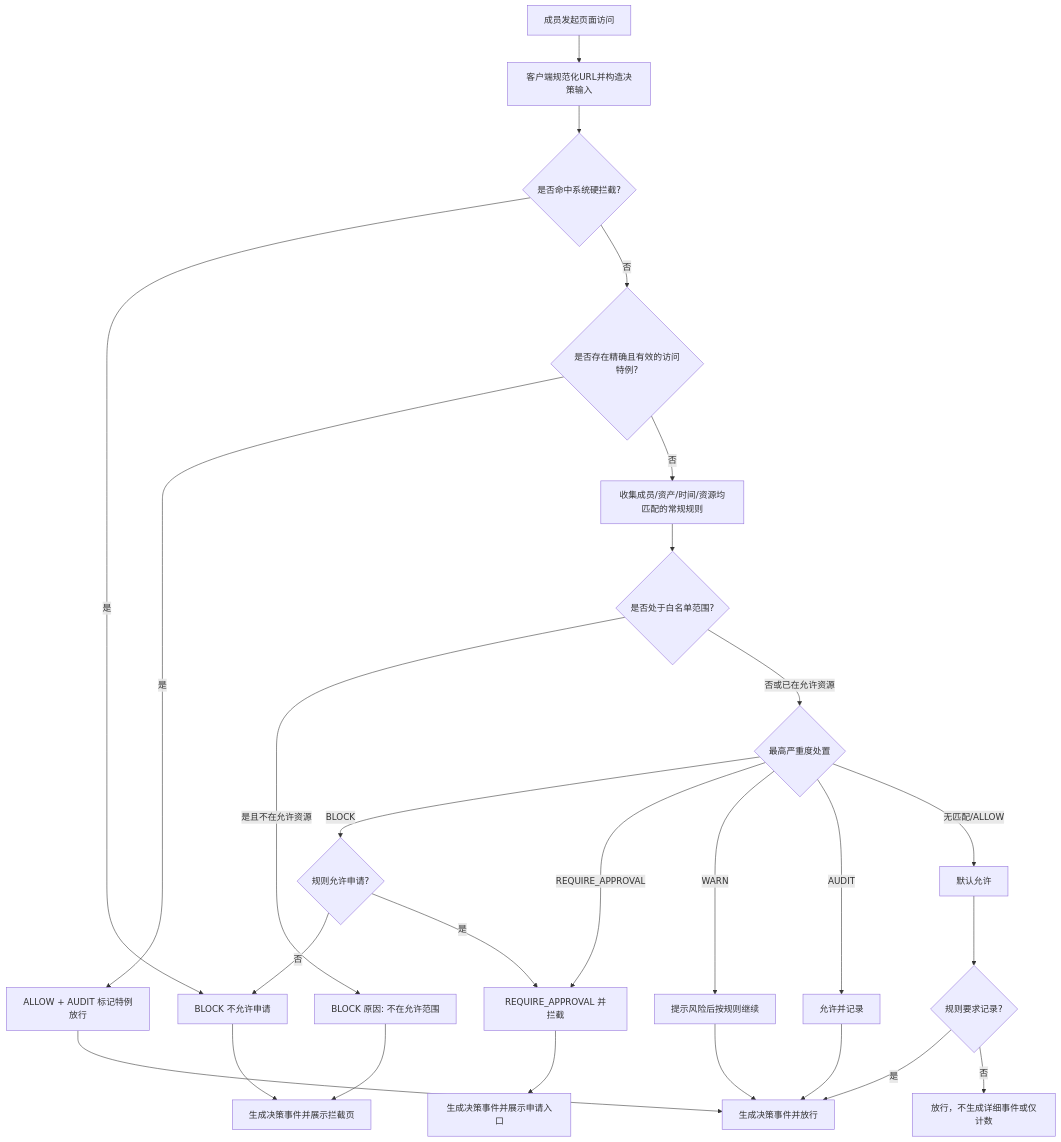
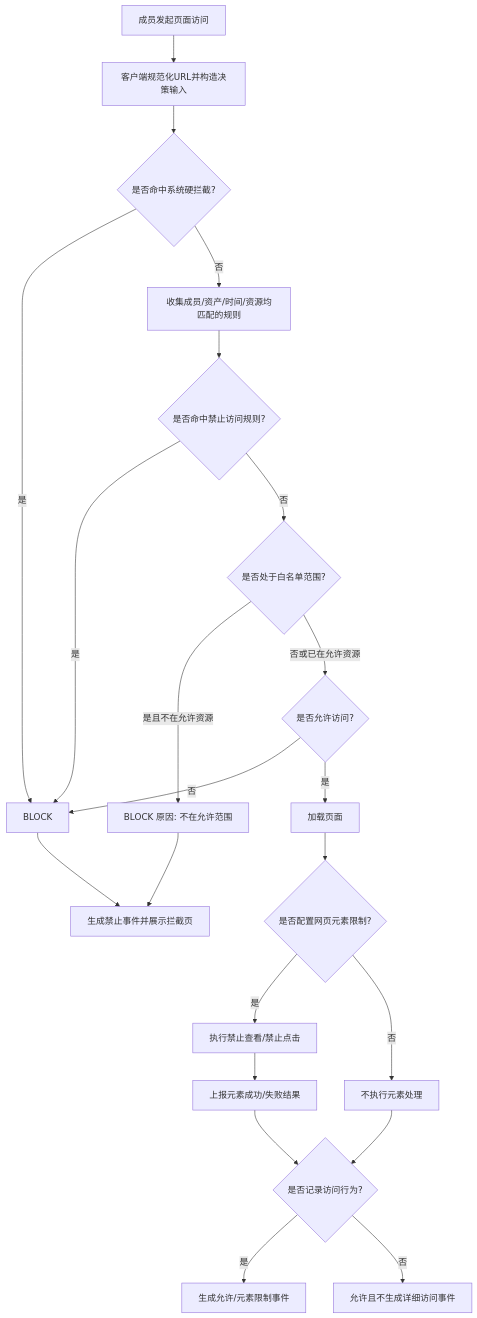
The fourth of 8 diagrams in PRD/安全策略/03-YunLogin安全策略业务流程.md (muze0123/yundeng-web), drawn with Mermaid before and after one commit. The commit also changed other lines of this file and 12 other files, not shown here.

````diff
--- a/PRD/安全策略/03-YunLogin安全策略业务流程.md
+++ b/PRD/安全策略/03-YunLogin安全策略业务流程.md
@@ -193,28 +194,24 @@
 ```mermaid
 flowchart TD
     A[成员发起页面访问] --> B[客户端规范化URL并构造决策输入]
     B --> C{是否命中系统硬拦截?}
-    C -- 是 --> D[BLOCK 不允许申请]
-    C -- 否 --> E{是否存在精确且有效的访问特例?}
-    E -- 是 --> F[ALLOW + AUDIT 标记特例放行]
-    E -- 否 --> G[收集成员/资产/时间/资源均匹配的常规规则]
-    G --> H{是否处于白名单范围?}
-    H -- 是且不在允许资源 --> I[BLOCK 原因: 不在允许范围]
-    H -- 否或已在允许资源 --> J{最高严重度处置}
-    J -- BLOCK --> K{规则允许申请?}
-    K -- 否 --> D
-    K -- 是 --> L[REQUIRE_APPROVAL 并拦截]
-    J -- REQUIRE_APPROVAL --> L
-    J -- WARN --> M[提示风险后按规则继续]
-    J -- AUDIT --> N[允许并记录]
-    J -- 无匹配/ALLOW --> O[默认允许]
-    D --> P[生成决策事件并展示拦截页]
-    F --> Q[生成决策事件并放行]
-    I --> P
-    L --> R[生成决策事件并展示申请入口]
-    M --> Q
-    N --> Q
-    O --> S{规则要求记录?}
-    S -- 是 --> Q
-    S -- 否 --> T[放行，不生成详细事件或仅计数]
+    C -- 是 --> D[BLOCK]
+    C -- 否 --> E[收集成员/资产/时间/资源均匹配的规则]
+    E --> F{是否命中禁止访问规则?}
+    F -- 是 --> D
+    F -- 否 --> G{是否处于白名单范围?}
+    G -- 是且不在允许资源 --> H[BLOCK 原因: 不在允许范围]
+    G -- 否或已在允许资源 --> I{是否允许访问?}
+    I -- 否 --> D
+    I -- 是 --> J[加载页面]
+    J --> K{是否配置网页元素限制?}
+    K -- 是 --> L[执行禁止查看/禁止点击]
+    K -- 否 --> M[不执行元素处理]
+    L --> N[上报元素成功/失败结果]
+    M --> O{是否记录访问行为?}
+    N --> O
+    O -- 是 --> P[生成允许/元素限制事件]
+    O -- 否 --> Q[允许且不生成详细访问事件]
+    D --> R[生成禁止事件并展示拦截页]
+    H --> R
 ```
````
